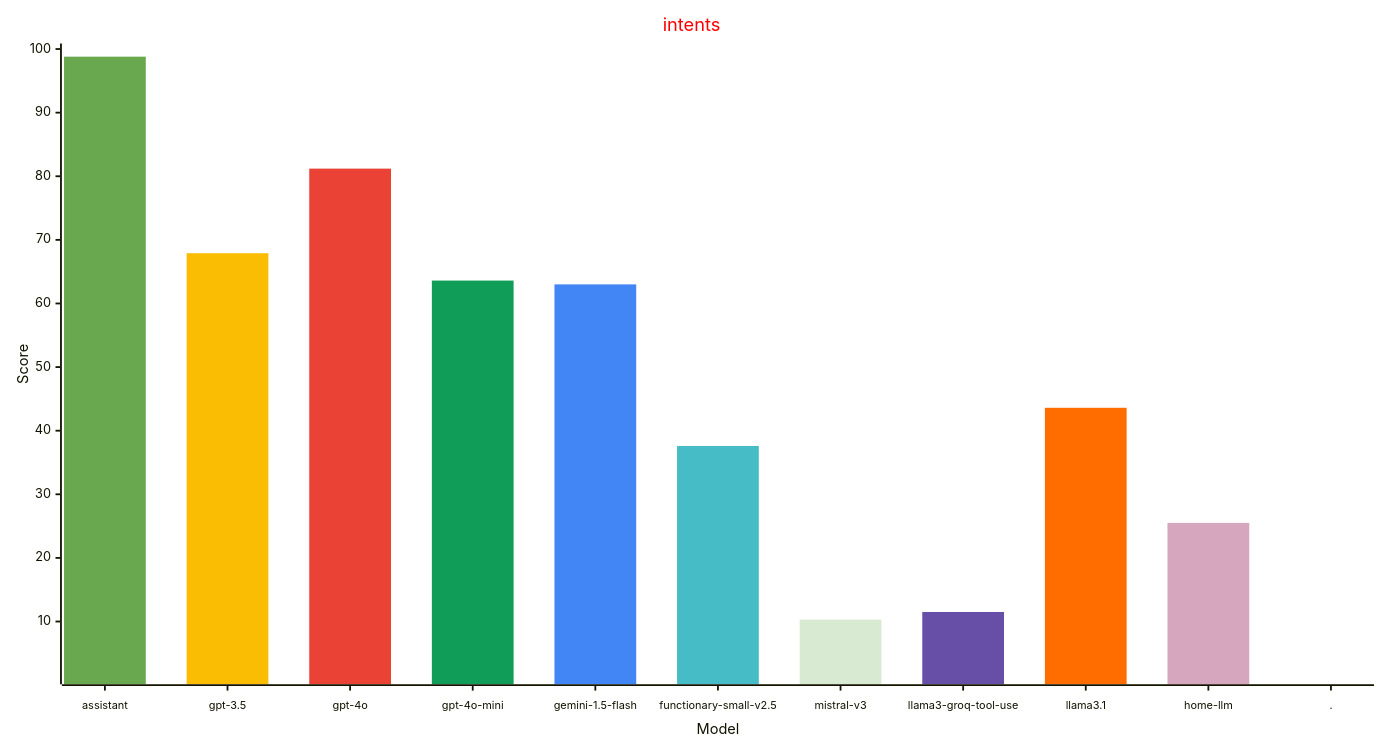
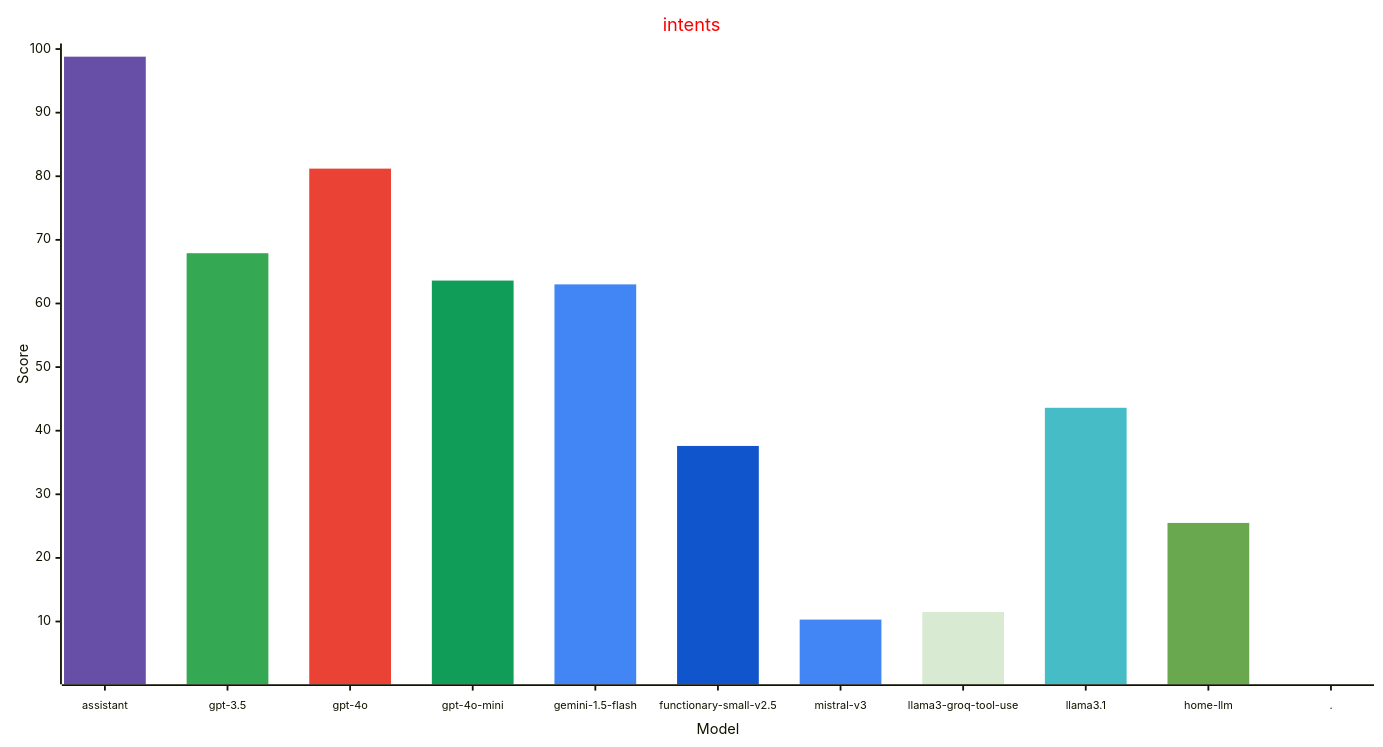
Before and after one commit to allenporter/home-assistant-datasets: the third of 3 diagrams in reports/README.md, drawn with Mermaid. The commit also changed other lines of this file and 134 other files, not shown here.

````diff
--- a/reports/README.md
+++ b/reports/README.md
@@ -140,31 +143,31 @@
 ```mermaid
 ---
 config:
     xyChart:
         width: 1500
         height: 800
         xAxis:
           labelFontSize: 12
           labelPadding: 8
     themeVariables:
         xyChart:
             titleColor: "#ff0000"
-            plotColorPalette: "#6aa84f, #fbbc04, #ea4335, #0f9d58, #4285f4, #46bdc6, #d9ead3, #674ea7, #ff6d01, #d5a6bd, #4285f4"
+            plotColorPalette: "#674ea7, #34a853, #ea4335, #0f9d58, #4285f4, #1155cc, #4285f4, #d9ead3, #46bdc6, #6aa84f, #4285f4"
 
 ---
 xychart-beta
   title "intents"
   x-axis "Model" [assistant, gpt-3.5, gpt-4o, gpt-4o-mini, gemini-1.5-flash, functionary-small-v2.5, mistral-v3, llama3-groq-tool-use, llama3.1, home-llm, .]
   y-axis "Score" 1 --> 100
   bar [98.8, 0.0, 0.0, 0.0, 0.0, 0.0, 0.0, 0.0, 0.0, 0.0, 0.0]
   bar [0.0, 67.9, 0.0, 0.0, 0.0, 0.0, 0.0, 0.0, 0.0, 0.0, 0.0]
   bar [0.0, 0.0, 81.2, 0.0, 0.0, 0.0, 0.0, 0.0, 0.0, 0.0, 0.0]
   bar [0.0, 0.0, 0.0, 63.6, 0.0, 0.0, 0.0, 0.0, 0.0, 0.0, 0.0]
   bar [0.0, 0.0, 0.0, 0.0, 63.0, 0.0, 0.0, 0.0, 0.0, 0.0, 0.0]
   bar [0.0, 0.0, 0.0, 0.0, 0.0, 37.6, 0.0, 0.0, 0.0, 0.0, 0.0]
   bar [0.0, 0.0, 0.0, 0.0, 0.0, 0.0, 10.3, 0.0, 0.0, 0.0, 0.0]
   bar [0.0, 0.0, 0.0, 0.0, 0.0, 0.0, 0.0, 11.5, 0.0, 0.0, 0.0]
   bar [0.0, 0.0, 0.0, 0.0, 0.0, 0.0, 0.0, 0.0, 43.6, 0.0, 0.0]
   bar [0.0, 0.0, 0.0, 0.0, 0.0, 0.0, 0.0, 0.0, 0.0, 25.5, 0.0]
   bar [0.0, 0.0, 0.0, 0.0, 0.0, 0.0, 0.0, 0.0, 0.0, 0.0, -1.0]
 ```
````
